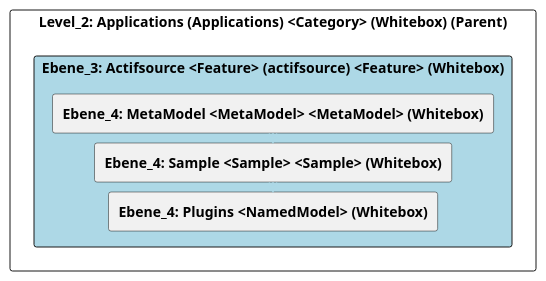
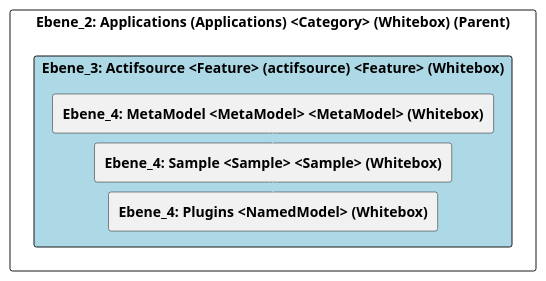
Before and after one commit to marcozwyssig/cleon: the diagram in doc/cleonproject_deliverables_architecture_model_architecture/adoc/de/05_bausteinsicht/cleon/applications/actifsource/ebene_3_actifsource.adoc, drawn with PlantUML. The commit also changed other lines of this file and 620 other files, not shown here.

```diff
--- a/doc/cleonproject_deliverables_architecture_model_architecture/adoc/de/05_bausteinsicht/cleon/applications/actifsource/ebene_3_actifsource.adoc
+++ b/doc/cleonproject_deliverables_architecture_model_architecture/adoc/de/05_bausteinsicht/cleon/applications/actifsource/ebene_3_actifsource.adoc
@@ -20,30 +20,30 @@
 [plantuml, Ebene_3: Actifsource <Feature> (actifsource) <Feature> (Whitebox)BlockOverview, format="svg"]
 ----
 @startuml Ebene_3: Actifsource <Feature> (actifsource) <Feature> (Whitebox)BuildingBlockOverview
 
 skinparam ranksep 10
 skinparam componentStyle rectangle
 skinparam shadowing false
 skinparam arrowColor lightblue
 skinparam arrowThickness 1.2
 skinparam rectangle {
   BackgroundColor White
   BorderColor #333
   RoundCorner 10
 }
 top to bottom direction
 
-component "Level_2: Applications (Applications) <Category> (Whitebox) (Parent)" {
+component "Ebene_2: Applications (Applications) <Category> (Whitebox) (Parent)" {
     component "Ebene_3: Actifsource <Feature> (actifsource) <Feature> (Whitebox)" #lightblue {
         [**Ebene_4: MetaModel <MetaModel> <MetaModel> (Whitebox)**] as 4A56DE43_D579_11EE_903E_9F564E4DE07E
         [**Ebene_4: Sample <Sample> <Sample> (Whitebox)**] as 4A570568_D579_11EE_903E_9F564E4DE07E
         [**Ebene_4: Plugins <NamedModel> (Whitebox)**] as 4A56DE4E_D579_11EE_903E_9F564E4DE07E
     }
 
     4A56DE43_D579_11EE_903E_9F564E4DE07E -down-> 4A570568_D579_11EE_903E_9F564E4DE07E
     4A570568_D579_11EE_903E_9F564E4DE07E -down-> 4A56DE4E_D579_11EE_903E_9F564E4DE07E
     
 }
 
 @enduml
 ----
```
